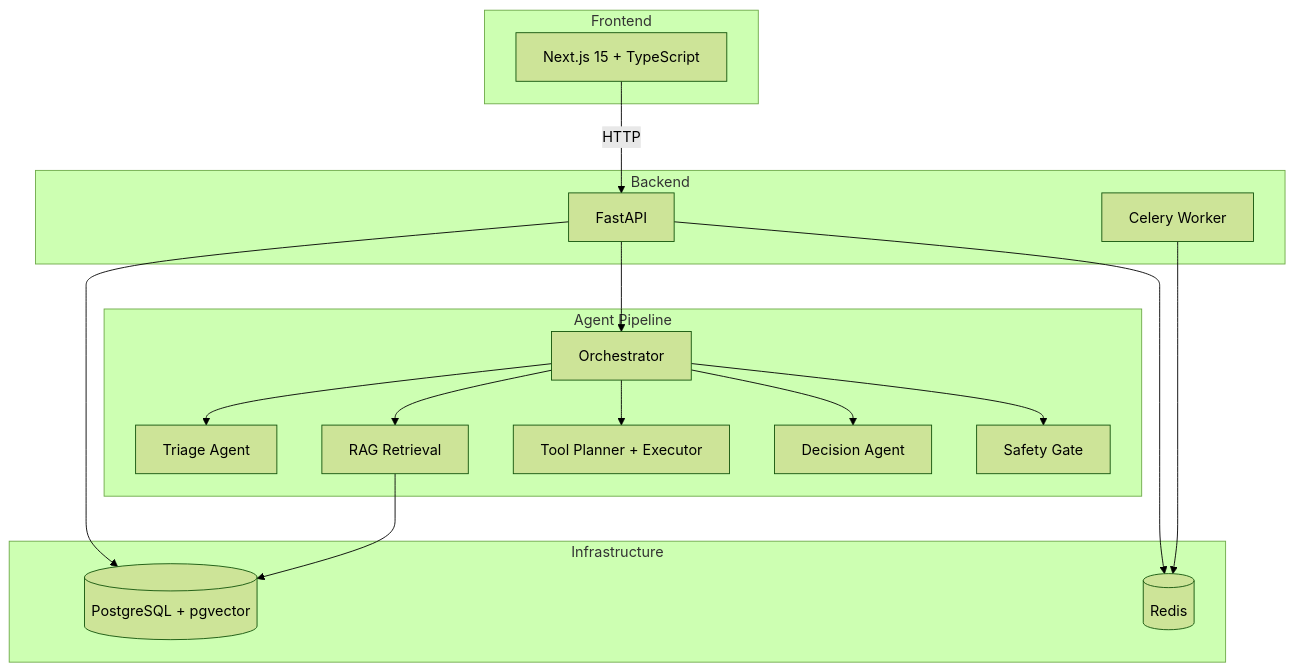
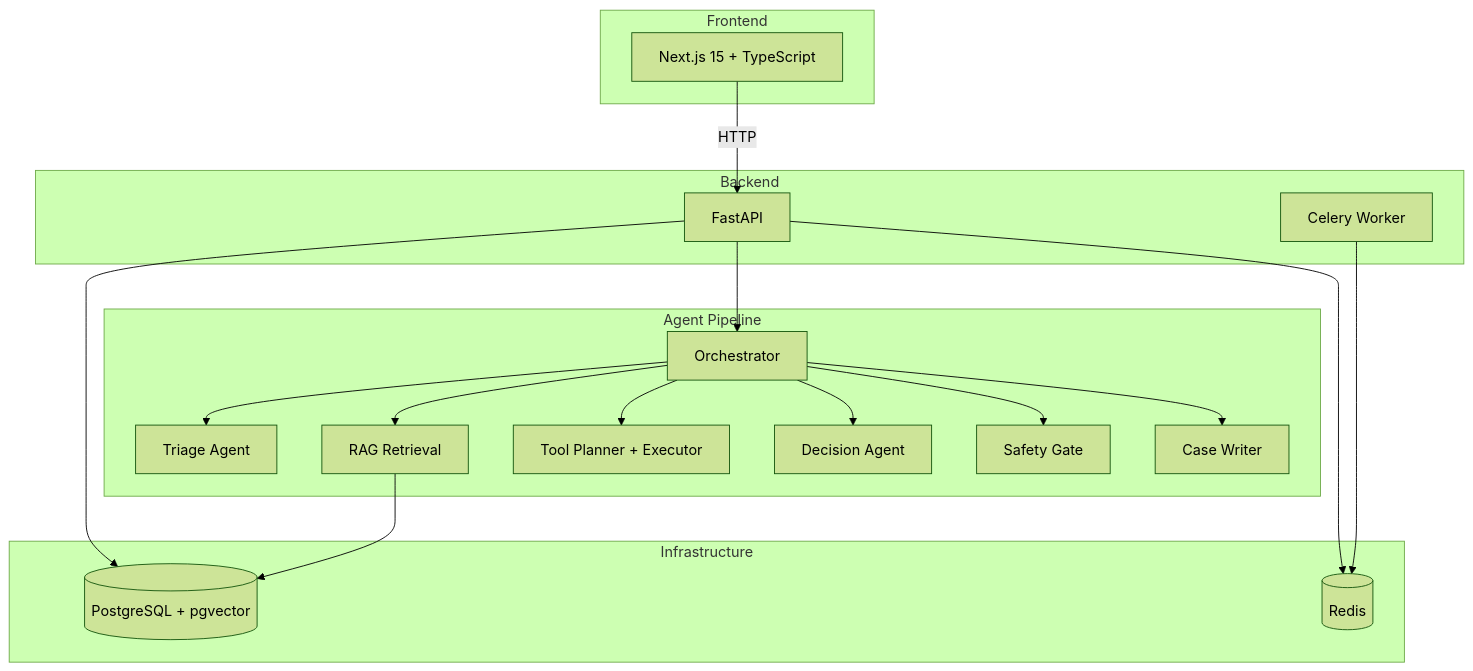
One commit to KamalasankariS/LedgerDesk changed the diagram in README.md. Above: the diagram before and after it, drawn with Mermaid (forest theme). The commit also changed other lines of this file, not shown here.

````diff
--- a/README.md
+++ b/README.md
@@ -29,37 +29,39 @@
 ```mermaid
 graph TB
     subgraph Frontend
         WEB[Next.js 15 + TypeScript]
     end
 
     subgraph Backend
         API[FastAPI]
         WORKER[Celery Worker]
     end
 
     subgraph Agent Pipeline
         ORCH[Orchestrator]
         TRIAGE[Triage Agent]
         RAG[RAG Retrieval]
         TOOLS[Tool Planner + Executor]
         DECISION[Decision Agent]
         SAFETY[Safety Gate]
+        WRITER[Case Writer]
     end
 
     subgraph Infrastructure
         PG[(PostgreSQL + pgvector)]
         REDIS[(Redis)]
     end
 
     WEB -->|HTTP| API
     API --> ORCH
     API --> PG
     API --> REDIS
     WORKER --> REDIS
     ORCH --> TRIAGE
     ORCH --> RAG
     ORCH --> TOOLS
     ORCH --> DECISION
     ORCH --> SAFETY
+    ORCH --> WRITER
     RAG --> PG
 ```
````
